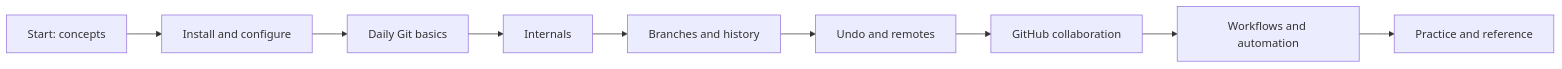
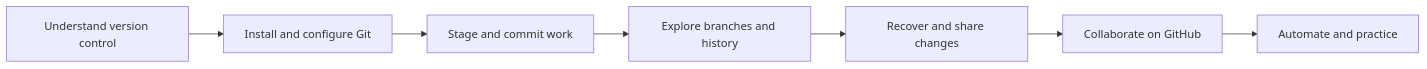
Before and after one commit to RDrahul123/Git-and-GitHub: the diagram in README.md, drawn with Mermaid. The commit also changed other lines of this file, not shown here.

````diff
--- a/README.md
+++ b/README.md
@@ -27,11 +39,9 @@
 ```mermaid
 flowchart LR
-  A[Start: concepts] --> B[Install and configure]
-  B --> C[Daily Git basics]
-  C --> D[Internals]
-  D --> E[Branches and history]
-  E --> F[Undo and remotes]
-  F --> G[GitHub collaboration]
-  G --> H[Workflows and automation]
-  H --> I[Practice and reference]
+  A[Understand version control] --> B[Install and configure Git]
+  B --> C[Stage and commit work]
+  C --> D[Explore branches and history]
+  D --> E[Recover and share changes]
+  E --> F[Collaborate on GitHub]
+  F --> G[Automate and practice]
 ```
````
